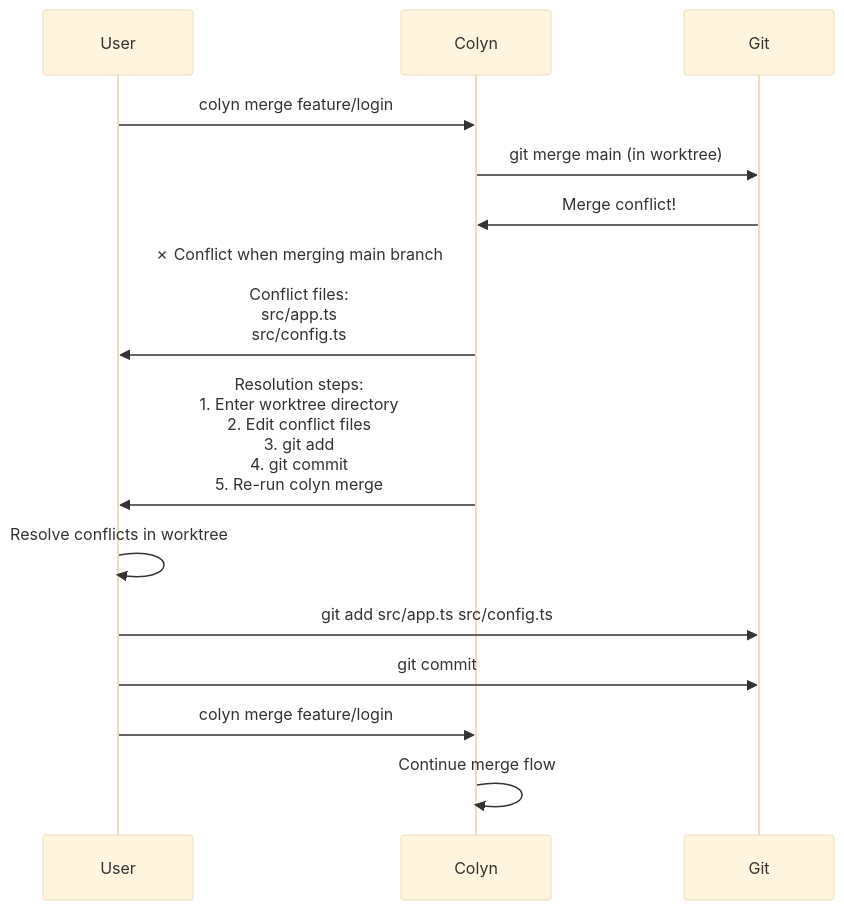
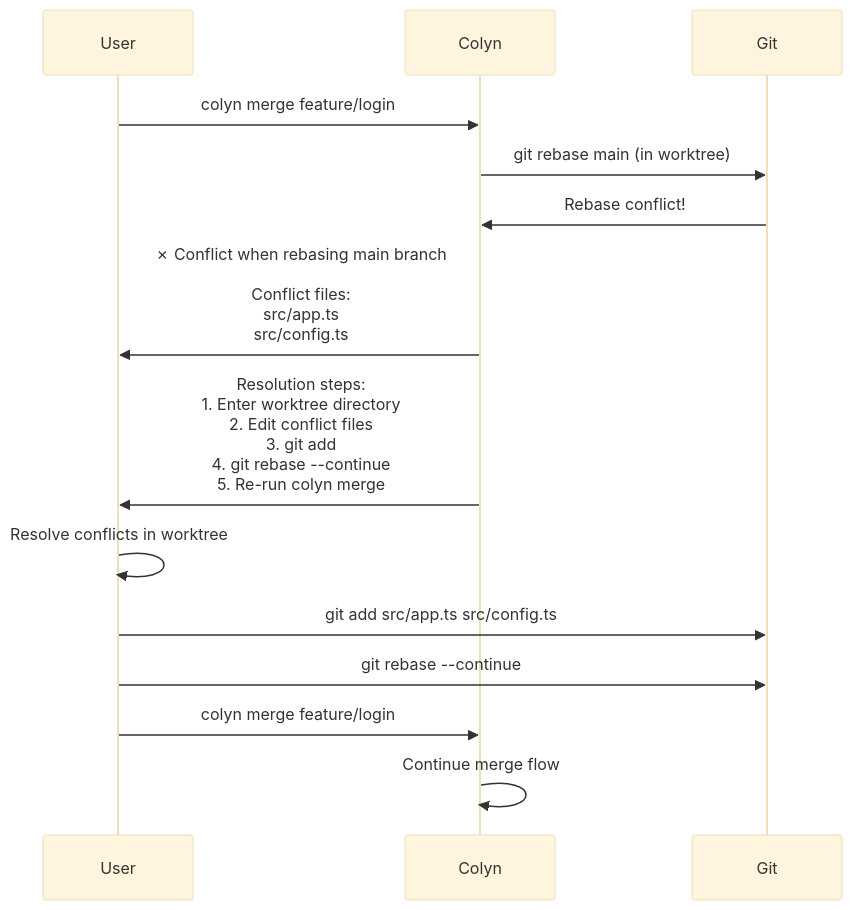
The second of 6 diagrams in docs-en/design-merge-command.md (colin-han/colyn), drawn with Mermaid (base theme) before and after one commit. The commit also changed other lines of this file and 5 other files, not shown here.

````diff
--- a/docs-en/design-merge-command.md
+++ b/docs-en/design-merge-command.md
@@ -161,19 +162,19 @@
 ```mermaid
 sequenceDiagram
     participant U as User
     participant C as Colyn
     participant G as Git
 
     U->>C: colyn merge feature/login
-    C->>G: git merge main (in worktree)
-    G->>C: Merge conflict!
+    C->>G: git rebase main (in worktree)
+    G->>C: Rebase conflict!
 
-    C->>U: ✗ Conflict when merging main branch<br/><br/>Conflict files:<br/>  src/app.ts<br/>  src/config.ts
-    C->>U: Resolution steps:<br/>1. Enter worktree directory<br/>2. Edit conflict files<br/>3. git add<br/>4. git commit<br/>5. Re-run colyn merge
+    C->>U: ✗ Conflict when rebasing main branch<br/><br/>Conflict files:<br/>  src/app.ts<br/>  src/config.ts
+    C->>U: Resolution steps:<br/>1. Enter worktree directory<br/>2. Edit conflict files<br/>3. git add<br/>4. git rebase --continue<br/>5. Re-run colyn merge
 
     U->>U: Resolve conflicts in worktree
     U->>G: git add src/app.ts src/config.ts
-    U->>G: git commit
+    U->>G: git rebase --continue
     U->>C: colyn merge feature/login
     C->>C: Continue merge flow
 ```
````
